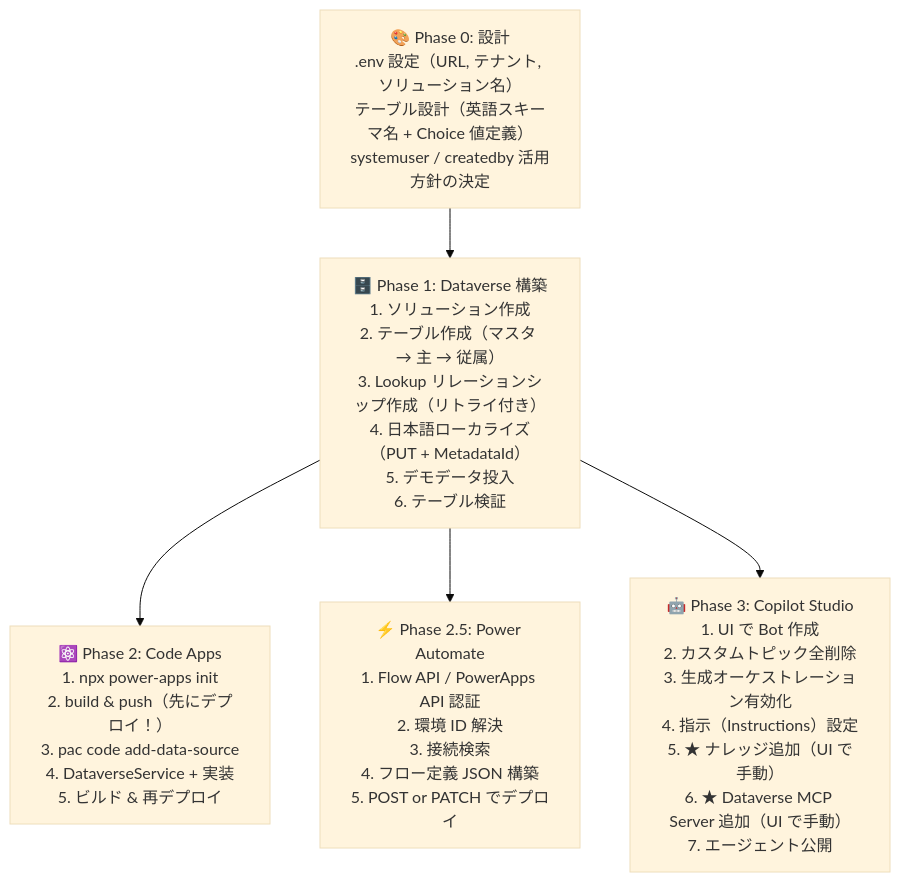
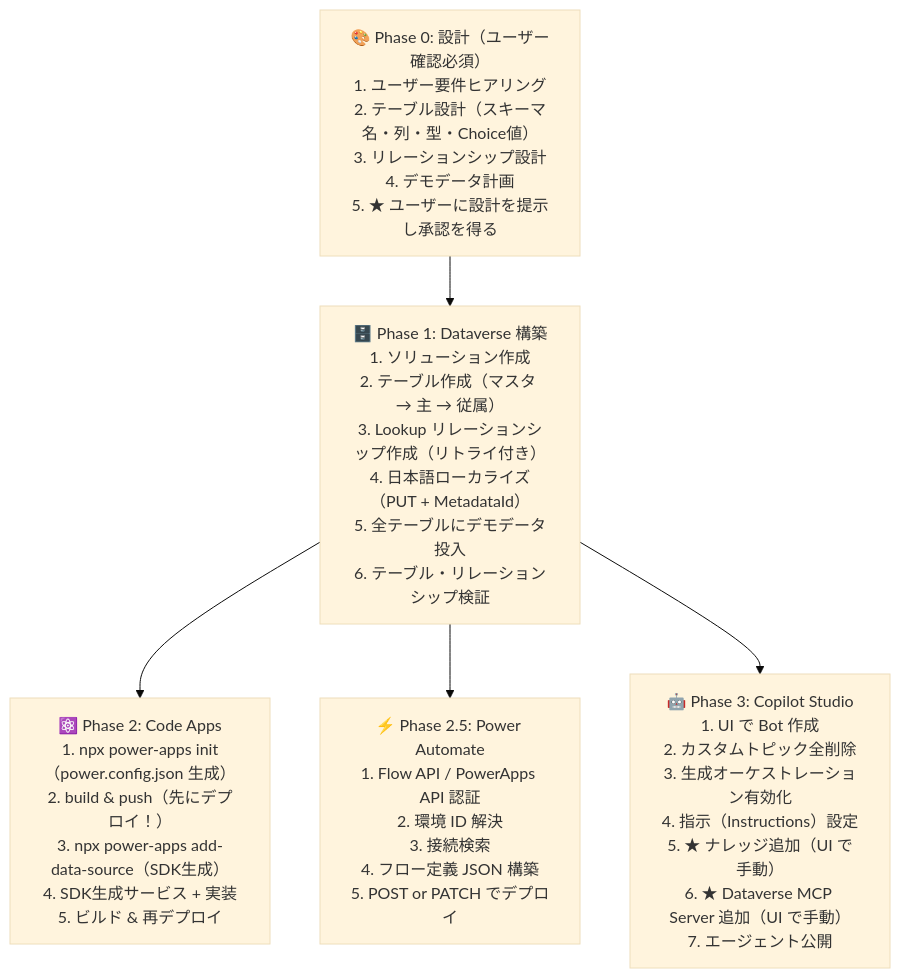
The diagram in docs/POWER_PLATFORM_DEVELOPMENT_STANDARD.md (PLUG365/DecisionFlow), drawn with Mermaid (base theme) before and after one commit. The commit also changed other lines of this file and 12 other files, not shown here.

````diff
--- a/docs/POWER_PLATFORM_DEVELOPMENT_STANDARD.md
+++ b/docs/POWER_PLATFORM_DEVELOPMENT_STANDARD.md
@@ -1090,17 +1156,17 @@
 ```mermaid
 flowchart TD
-    P0["🎨 Phase 0: 設計\n.env 設定（URL, テナント, ソリューション名）\nテーブル設計（英語スキーマ名 + Choice 値定義）\nsystemuser / createdby 活用方針の決定"]
+    P0["🎨 Phase 0: 設計（ユーザー確認必須）\n1. ユーザー要件ヒアリング\n2. テーブル設計（スキーマ名・列・型・Choice値）\n3. リレーションシップ設計\n4. デモデータ計画\n5. ★ ユーザーに設計を提示し承認を得る"]
 
-    P1["🗄️ Phase 1: Dataverse 構築\n1. ソリューション作成\n2. テーブル作成（マスタ → 主 → 従属）\n3. Lookup リレーションシップ作成（リトライ付き）\n4. 日本語ローカライズ（PUT + MetadataId）\n5. デモデータ投入\n6. テーブル検証"]
+    P1["🗄️ Phase 1: Dataverse 構築\n1. ソリューション作成\n2. テーブル作成（マスタ → 主 → 従属）\n3. Lookup リレーションシップ作成（リトライ付き）\n4. 日本語ローカライズ（PUT + MetadataId）\n5. 全テーブルにデモデータ投入\n6. テーブル・リレーションシップ検証"]
 
-    P2["⚛️ Phase 2: Code Apps\n1. npx power-apps init\n2. build & push（先にデプロイ！）\n3. pac code add-data-source\n4. DataverseService + 実装\n5. ビルド & 再デプロイ"]
+    P2["⚛️ Phase 2: Code Apps\n1. npx power-apps init（power.config.json 生成）\n2. build & push（先にデプロイ！）\n3. npx power-apps add-data-source（SDK生成）\n4. SDK生成サービス + 実装\n5. ビルド & 再デプロイ"]
 
     P25["⚡ Phase 2.5: Power Automate\n1. Flow API / PowerApps API 認証\n2. 環境 ID 解決\n3. 接続検索\n4. フロー定義 JSON 構築\n5. POST or PATCH でデプロイ"]
 
     P3["🤖 Phase 3: Copilot Studio\n1. UI で Bot 作成\n2. カスタムトピック全削除\n3. 生成オーケストレーション有効化\n4. 指示（Instructions）設定\n5. ★ ナレッジ追加（UI で手動）\n6. ★ Dataverse MCP Server 追加（UI で手動）\n7. エージェント公開"]
 
     P0 --> P1
     P1 --> P2
     P1 --> P25
     P1 --> P3
 ```
````
